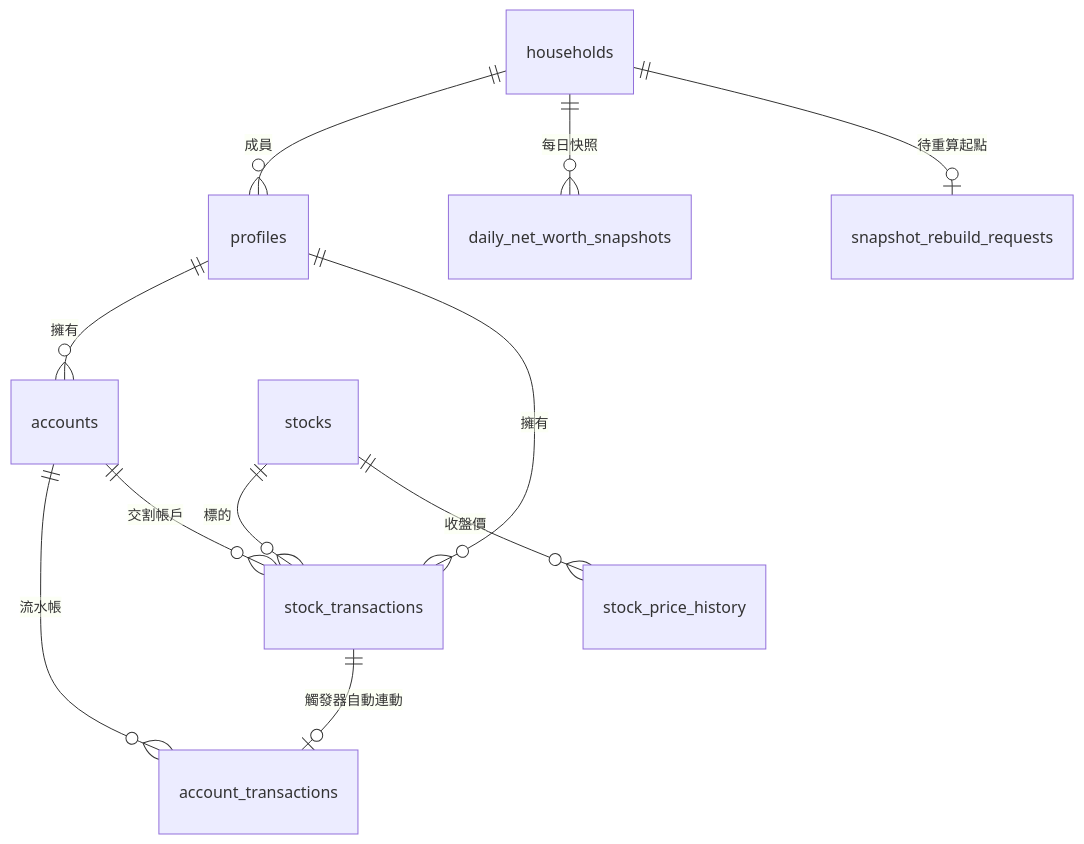
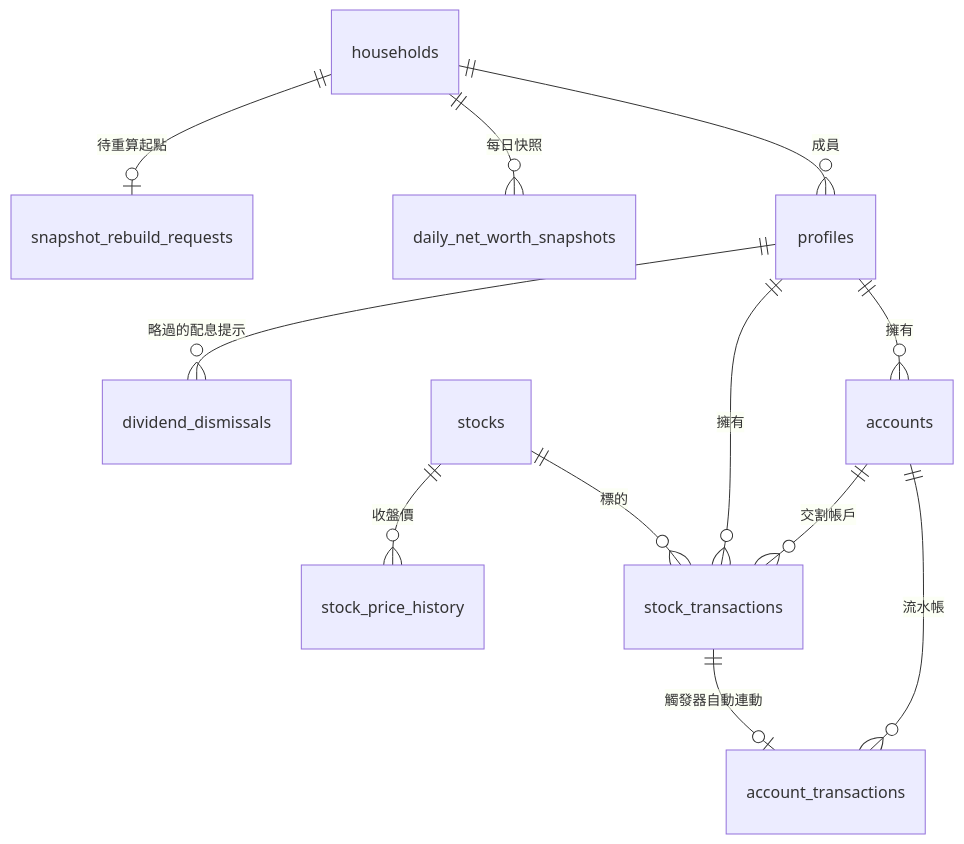
One commit to Kent6682/NetWorthy changed the second of 6 diagrams in docs/技術文件.md. Above: the diagram before and after it, drawn with Mermaid. The commit also changed other lines of this file and 15 other files, not shown here.

````diff
--- a/docs/技術文件.md
+++ b/docs/技術文件.md
@@ -44,13 +44,14 @@
 ```mermaid
 erDiagram
   households ||--o{ profiles : "成員"
   profiles ||--o{ accounts : "擁有"
   profiles ||--o{ stock_transactions : "擁有"
   accounts ||--o{ account_transactions : "流水帳"
   accounts ||--o{ stock_transactions : "交割帳戶"
   stocks ||--o{ stock_transactions : "標的"
   stocks ||--o{ stock_price_history : "收盤價"
   households ||--o{ daily_net_worth_snapshots : "每日快照"
   households ||--o| snapshot_rebuild_requests : "待重算起點"
+  profiles ||--o{ dividend_dismissals : "略過的配息提示"
   stock_transactions ||--o| account_transactions : "觸發器自動連動"
 ```
````
